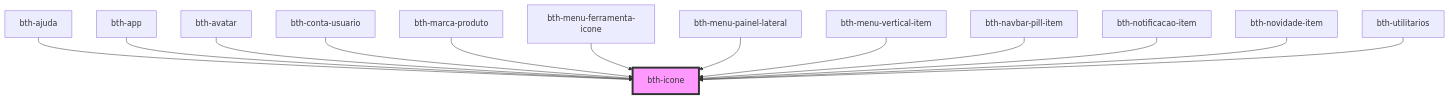
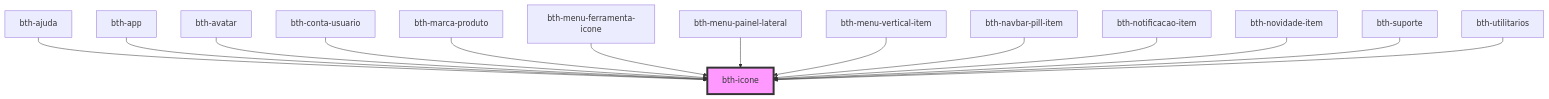
One commit to betha-plataforma/estrutura-componentes changed the diagram in src/components/comuns/icone/readme.md. Above: the diagram before and after it, drawn with Mermaid. The commit also changed other lines of this file and 17 other files, not shown here.

````diff
--- a/src/components/comuns/icone/readme.md
+++ b/src/components/comuns/icone/readme.md
@@ -60,16 +61,17 @@
 ```mermaid
 graph TD;
   bth-ajuda --> bth-icone
   bth-app --> bth-icone
   bth-avatar --> bth-icone
   bth-conta-usuario --> bth-icone
   bth-marca-produto --> bth-icone
   bth-menu-ferramenta-icone --> bth-icone
   bth-menu-painel-lateral --> bth-icone
   bth-menu-vertical-item --> bth-icone
   bth-navbar-pill-item --> bth-icone
   bth-notificacao-item --> bth-icone
   bth-novidade-item --> bth-icone
+  bth-suporte --> bth-icone
   bth-utilitarios --> bth-icone
   style bth-icone fill:#f9f,stroke:#333,stroke-width:4px
 ```
````
